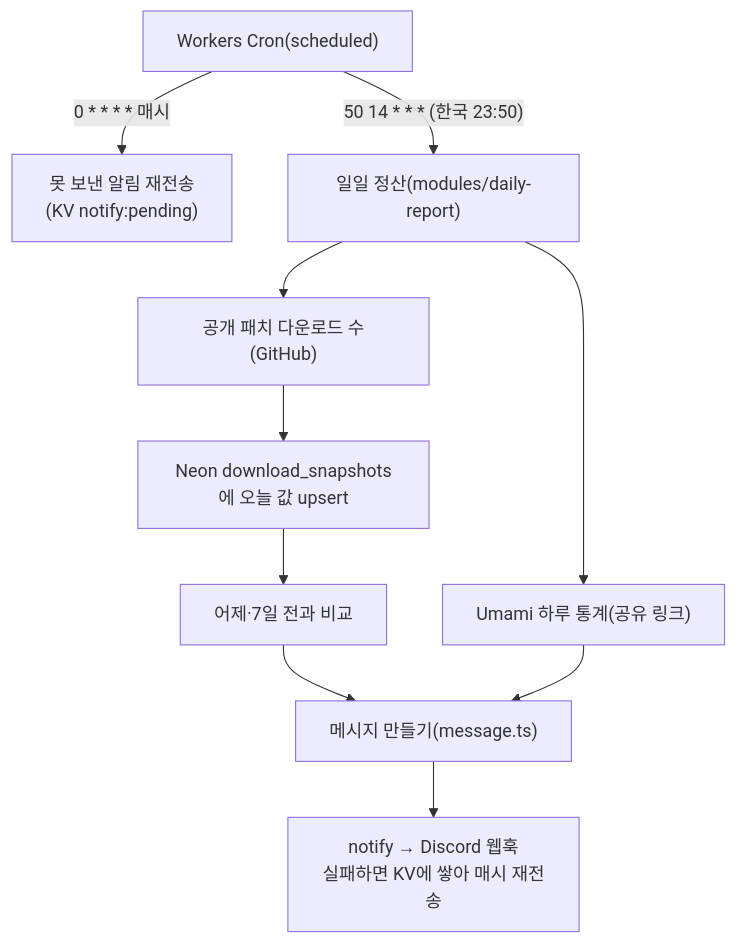
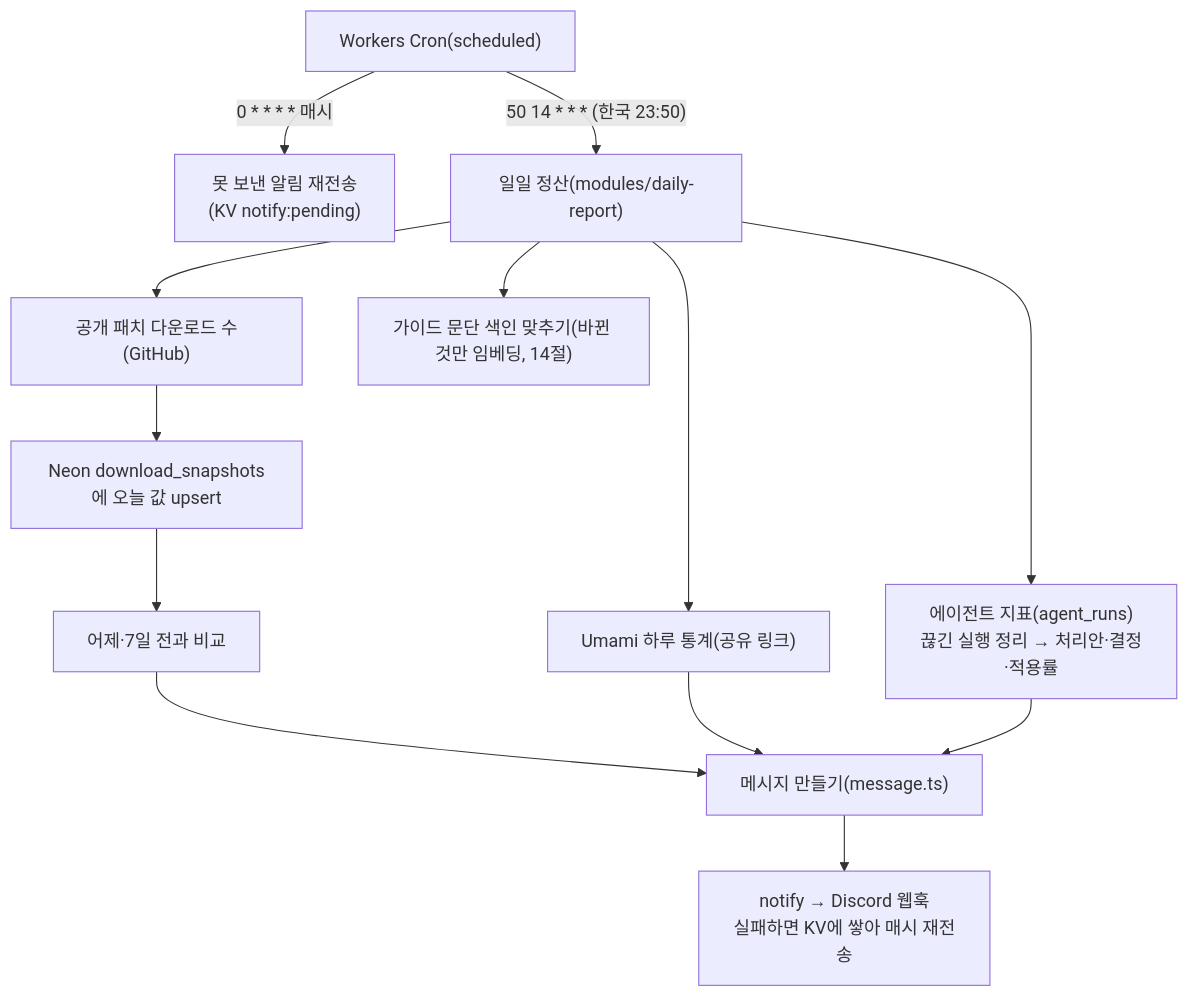
The seventh of 16 diagrams in app-flow.md (arqhive/arqhive-web), drawn with Mermaid before and after one commit. The commit also changed other lines of this file and 5 other files, not shown here.

First line of the commit message:
일일 정산에 에이전트 지표(처리안·결정·적용률·수정률)

````diff
--- a/app-flow.md
+++ b/app-flow.md
@@ -196,12 +196,15 @@
 ```mermaid
 flowchart TB
   cron["Workers Cron(scheduled)"] -->|"0 * * * * 매시"| retry["못 보낸 알림 재전송<br/>(KV notify:pending)"]
   cron -->|"50 14 * * * (한국 23:50)"| daily["일일 정산(modules/daily-report)"]
   daily --> dl["공개 패치 다운로드 수(GitHub)"]
   dl --> up["Neon download_snapshots에 오늘 값 upsert"]
   up --> cmp["어제·7일 전과 비교"]
   daily --> um["Umami 하루 통계(공유 링크)"]
+  daily --> ag["에이전트 지표(agent_runs)<br/>끊긴 실행 정리 → 처리안·결정·적용률"]
   cmp --> msg["메시지 만들기(message.ts)"]
   um --> msg
+  ag --> msg
   msg --> notify["notify → Discord 웹훅<br/>실패하면 KV에 쌓아 매시 재전송"]
+  daily --> gi["가이드 문단 색인 맞추기(바뀐 것만 임베딩, 14절)"]
 ```
````
